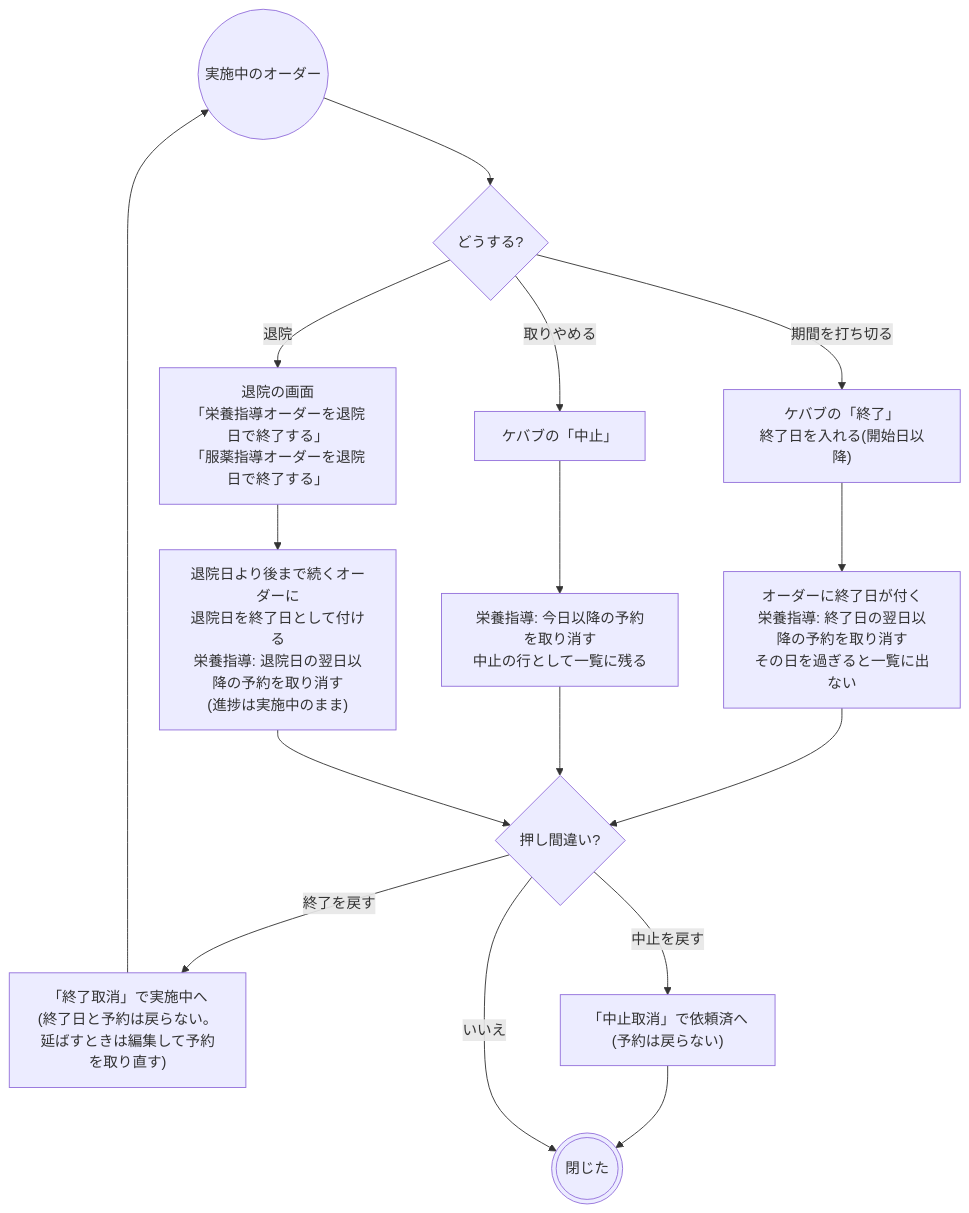
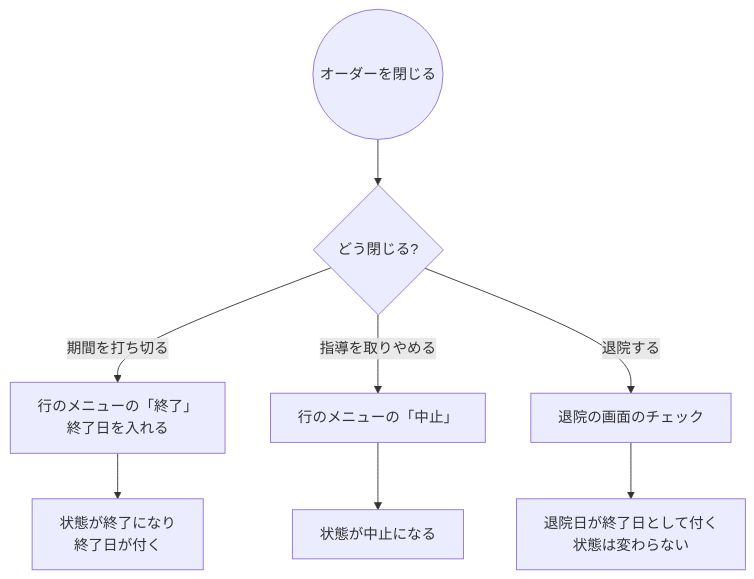
The sixth of 6 diagrams in docs/flows/guidance.md (ysnr-dev/fhir-client-docs), drawn with Mermaid before and after one commit. The commit also changed other lines of this file and 43 other files, not shown here.

Commit message:
docs: 業務フローとシーケンス図を写し直し

````diff
--- a/docs/flows/guidance.md
+++ b/docs/flows/guidance.md
@@ -214,23 +293,16 @@
 ```mermaid
 flowchart TD
-  course(("実施中のオーダー"))
-  what{"どうする?"}
-  complete["ケバブの「終了」<br/>終了日を入れる(開始日以降)"]
-  cancel["ケバブの「中止」"]
-  discharge["退院の画面<br/>「栄養指導オーダーを退院日で終了する」<br/>「服薬指導オーダーを退院日で終了する」"]
-  ended["オーダーに終了日が付く<br/>栄養指導: 終了日の翌日以降の予約を取り消す<br/>その日を過ぎると一覧に出ない"]
-  revoked["栄養指導: 今日以降の予約を取り消す<br/>中止の行として一覧に残る"]
-  dischargeEnd["退院日より後まで続くオーダーに<br/>退院日を終了日として付ける<br/>栄養指導: 退院日の翌日以降の予約を取り消す<br/>(進捗は実施中のまま)"]
-  undo{"押し間違い?"}
-  restore["「終了取消」で実施中へ<br/>(終了日と予約は戻らない。<br/>延ばすときは編集して予約を取り直す)"]
-  restore2["「中止取消」で依頼済へ<br/>(予約は戻らない)"]
-  done((("閉じた")))
+  course(("オーダーを閉じる"))
+  what{"どう閉じる?"}
+  complete["行のメニューの「終了」<br/>終了日を入れる"]
+  cancel["行のメニューの「中止」"]
+  discharge["退院の画面のチェック"]
+  ended["状態が終了になり<br/>終了日が付く"]
+  revoked["状態が中止になる"]
+  dischargeEnd["退院日が終了日として付く<br/>状態は変わらない"]
 
   course --> what
-  what -- "期間を打ち切る" --> complete --> ended --> undo
-  what -- "取りやめる" --> cancel --> revoked --> undo
-  what -- "退院" --> discharge --> dischargeEnd --> undo
-  undo -- "終了を戻す" --> restore --> course
-  undo -- "中止を戻す" --> restore2 --> done
-  undo -- "いいえ" --> done
+  what -- "期間を打ち切る" --> complete --> ended
+  what -- "指導を取りやめる" --> cancel --> revoked
+  what -- "退院する" --> discharge --> dischargeEnd
 ```
````
